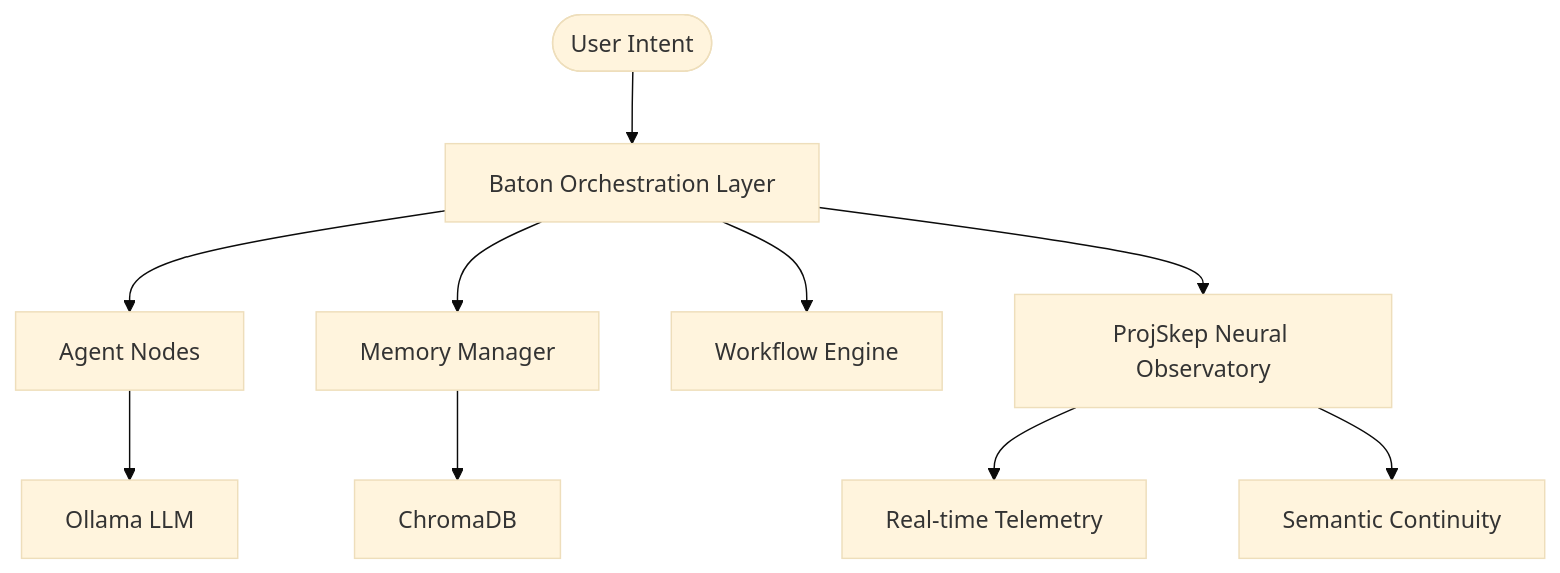
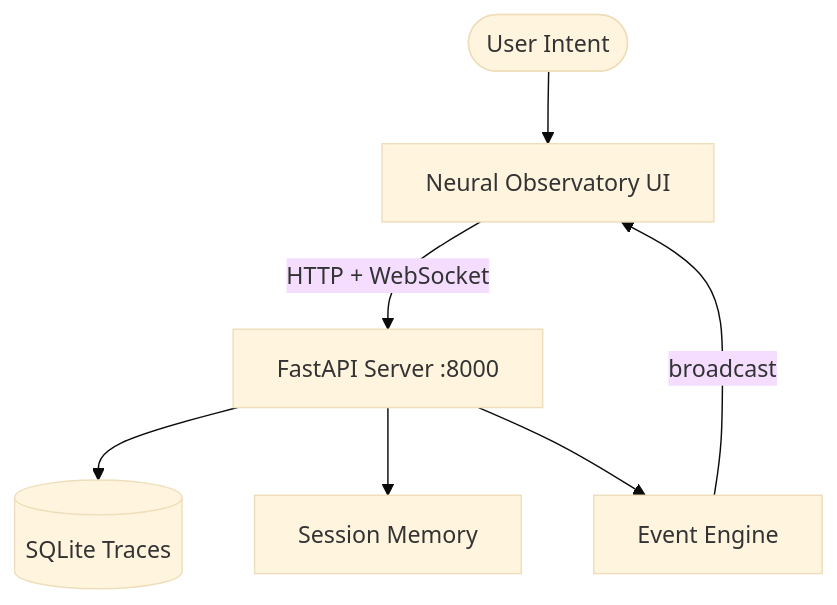
One commit to swappy-ops/baton changed the diagram in README.md. Above: the diagram before and after it, drawn with Mermaid (base theme). The commit also changed other lines of this file and 75 other files, not shown here.

````diff
--- a/README.md
+++ b/README.md
@@ -29,12 +60,9 @@
 ```mermaid
 graph TD
-    User([User Intent]) --> Baton[Baton Orchestration Layer]
-    Baton --> Agents[Agent Nodes]
-    Baton --> Memory[Memory Manager]
-    Baton --> Workflows[Workflow Engine]
-    Baton --> ProjSkep[ProjSkep Neural Observatory]
-    Agents --> Ollama[Ollama LLM]
-    Memory --> ChromaDB[ChromaDB]
-    ProjSkep --> Telemetry[Real-time Telemetry]
-    ProjSkep --> SemanticContinuity[Semantic Continuity]
+    User([User Intent]) --> UI[Neural Observatory UI]
+    UI -->|HTTP + WebSocket| API[FastAPI Server :8000]
+    API --> DB[(SQLite Traces)]
+    API --> SM[Session Memory]
+    API --> EE[Event Engine]
+    EE -->|broadcast| UI
 ```
````
